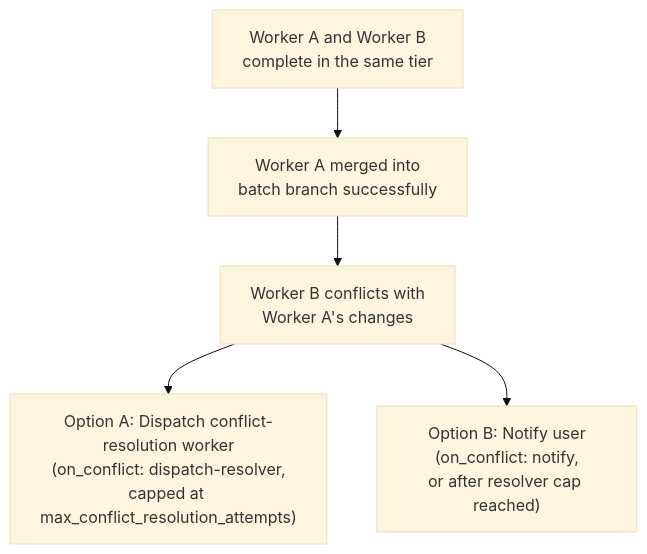
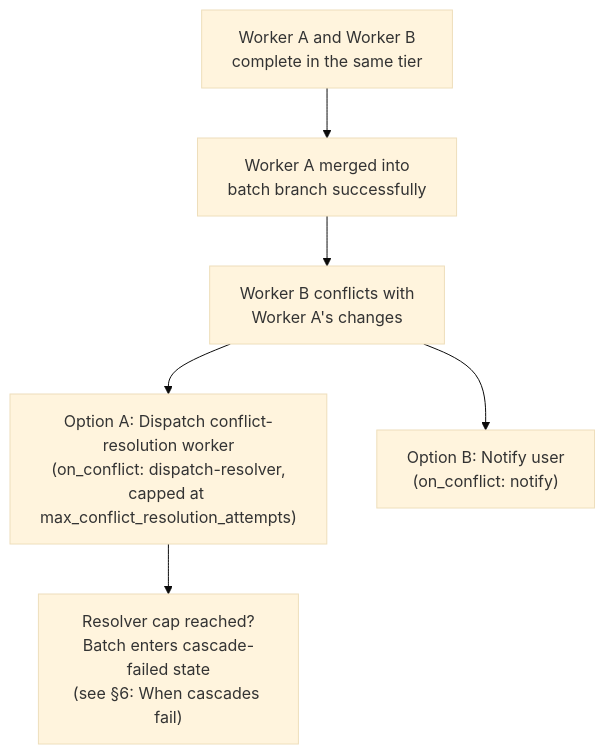
Before and after one commit to Herd-OS/herd: diagram 11 of 11 in docs/design/execution.md, drawn with Mermaid (base theme). The commit also changed other lines of this file and 4 other files, not shown here.

First line of the commit message:
docs: document cascade-failed state in execution design (#565)

````diff
--- a/docs/design/execution.md
+++ b/docs/design/execution.md
@@ -856,7 +914,8 @@
 ```mermaid
 graph TD
     A["Worker A and Worker B<br>complete in the same tier"] --> B["Worker A merged into<br>batch branch successfully"]
     B --> C["Worker B conflicts with<br>Worker A's changes"]
     C --> D["Option A: Dispatch conflict-resolution worker<br>(on_conflict: dispatch-resolver,<br>capped at max_conflict_resolution_attempts)"]
-    C --> E["Option B: Notify user<br>(on_conflict: notify,<br>or after resolver cap reached)"]
+    C --> E["Option B: Notify user<br>(on_conflict: notify)"]
+    D --> F["Resolver cap reached?<br>Batch enters cascade-failed state<br>(see §6: When cascades fail)"]
 ```
````
